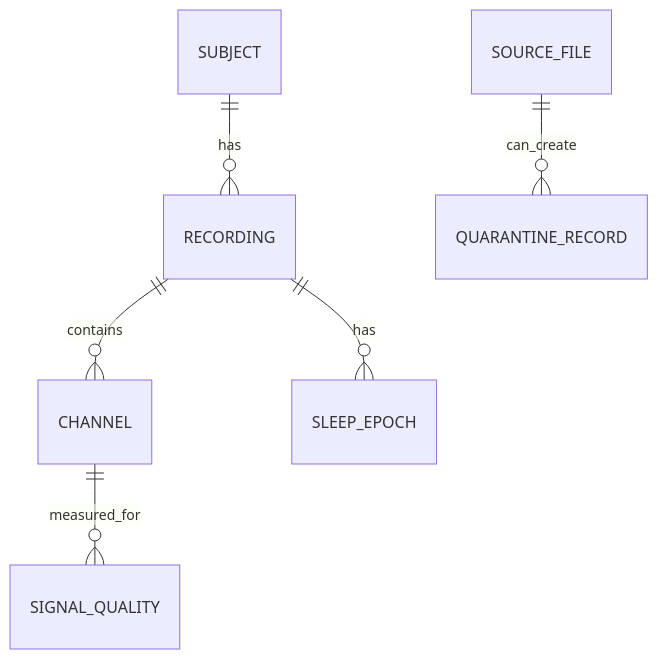
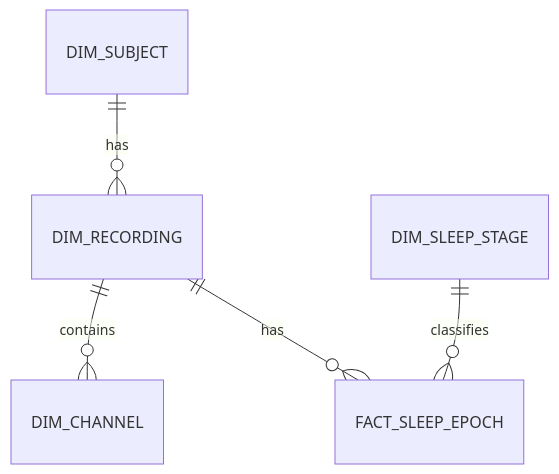
The diagram in docs/data_model.md (nnorman95/neuro_sleep_lakehouse_platform), drawn with Mermaid before and after one commit. The commit also changed other lines of this file and 12 other files, not shown here.

````diff
--- a/docs/data_model.md
+++ b/docs/data_model.md
@@ -42,8 +463,7 @@
 ```mermaid
 erDiagram
-    SUBJECT ||--o{ RECORDING : has
-    RECORDING ||--o{ CHANNEL : contains
-    RECORDING ||--o{ SLEEP_EPOCH : has
-    CHANNEL ||--o{ SIGNAL_QUALITY : measured_for
-    SOURCE_FILE ||--o{ QUARANTINE_RECORD : can_create
+    DIM_SUBJECT ||--o{ DIM_RECORDING : has
+    DIM_RECORDING ||--o{ DIM_CHANNEL : contains
+    DIM_RECORDING ||--o{ FACT_SLEEP_EPOCH : has
+    DIM_SLEEP_STAGE ||--o{ FACT_SLEEP_EPOCH : classifies
 ```
````
